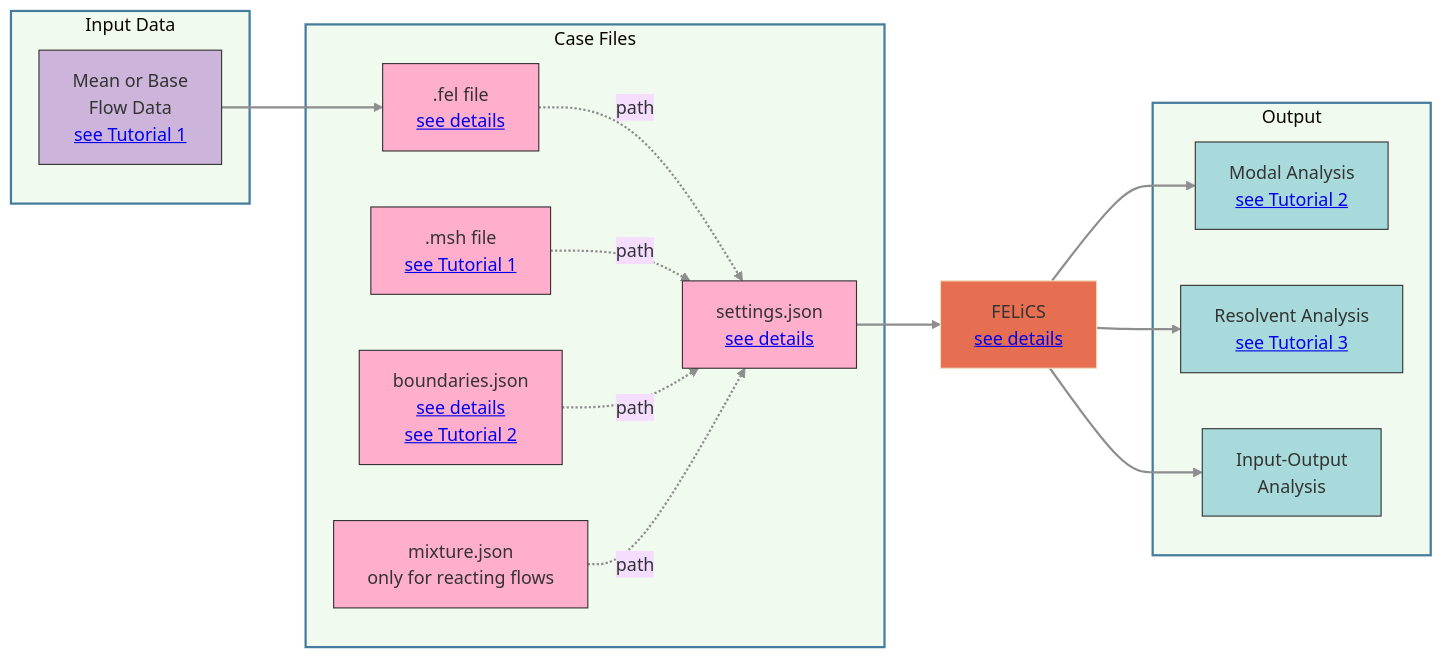
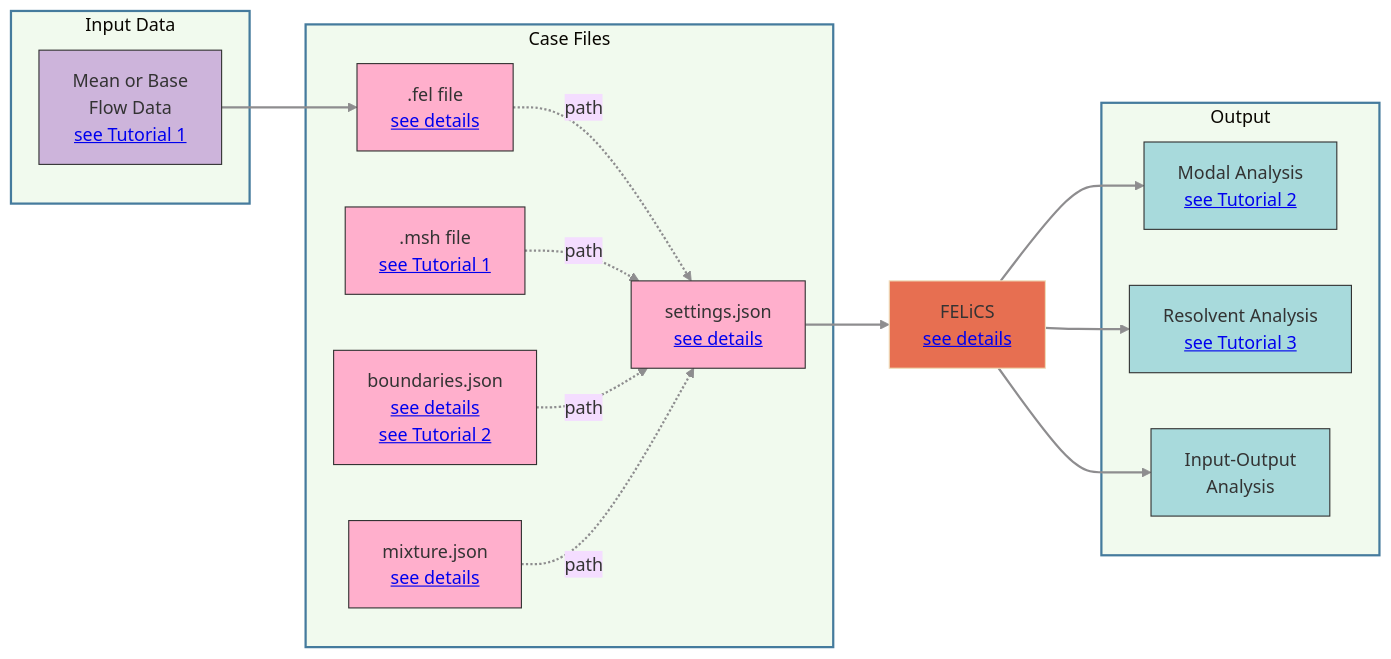
Before and after one commit to arash-mp/FELiCS_FSI: the diagram in DOCUMENTATION/Running_FELiCS/index.md, drawn with Mermaid (base theme). The commit also changed 1 other file, not shown here.

Commit message:
[doc] fix minor typos

````diff
--- a/DOCUMENTATION/Running_FELiCS/index.md
+++ b/DOCUMENTATION/Running_FELiCS/index.md
@@ -14,55 +14,55 @@
 ```{mermaid}
 flowchart LR
     subgraph Input["Input Data"]
         A[Mean or Base<br>Flow Data<br> <a href="../Tutorials/cylinder_wake.html">see Tutorial 1</a>]
         click A "../Tutorials/cylinder_wake.html" _blank
         style Input fill:#f1faee,stroke:#457b9d,stroke-width:2px
         style A fill:#cdb4db,stroke:#333,stroke-width:1px
     end
 
     subgraph PrepFiles["Case Files"]
         B1[settings.json<br><a href="./FELiCS_settings.html">see details</a>]
         B2[.fel file<br><a href="./fel_file.html">see details</a>]
         B3[.msh file<br><a href="../Tutorials/cylinder_wake.html">see Tutorial 1</a>]
         B4[boundaries.json<br><a href="./FELiCS_settings.html">see details</a><br><a href="../Tutorials/modal_analysis.html">see Tutorial 2</a>]
-        B5[mixture.json<br>only for reacting flows]
+        B5[mixture.json<br><a href="./FELiCS_settings.html">see details</a>]
 
         style PrepFiles fill:#f1faee,stroke:#457b9d,stroke-width:2px
         style B1 fill:#ffafcc,stroke:#333,stroke-width:1px
         style B2 fill:#ffafcc,stroke:#333,stroke-width:1px
         style B3 fill:#ffafcc,stroke:#333,stroke-width:1px
         style B4 fill:#ffafcc,stroke:#333,stroke-width:1px
         style B5 fill:#ffafcc,stroke:#333,stroke-width:1px
 
 
     end
 
     C[FELiCS<br><a href="./FELiCS_commands.html">see details</a>]
     style C fill:#e76f51
 
     subgraph Output["Output"]
         D1[Modal Analysis<br><a href="../Tutorials/modal_analysis.html">see Tutorial 2</a>]
         D2[Resolvent Analysis<br><a href="../Tutorials/Resolvent_Analysis.html">see Tutorial 3</a>]
         D3[Input-Output<br>Analysis]
         style Output fill:#f1faee,stroke:#457b9d,stroke-width:2px
         style D1 fill:#a8dadc,stroke:#333,stroke-width:1px
         style D2 fill:#a8dadc,stroke:#333,stroke-width:1px
         style D3 fill:#a8dadc,stroke:#333,stroke-width:1px
 
 
     end
 
     A ==> B2
     B1 ==> C
 
 
     B2 & B3 & B4 & B5 -. path .-> B1
 
     C ==> D1
     C ==> D2
     C ==> D3
 
     linkStyle default stroke:#8e8d8f,stroke-width:2px
 
 
 ```
````
